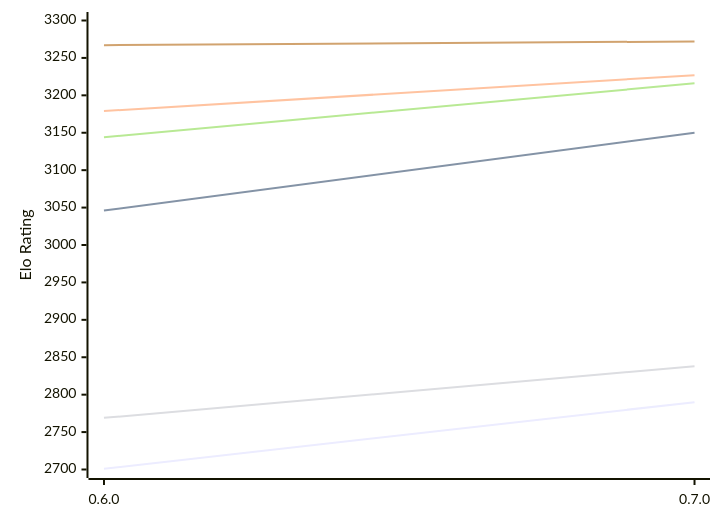
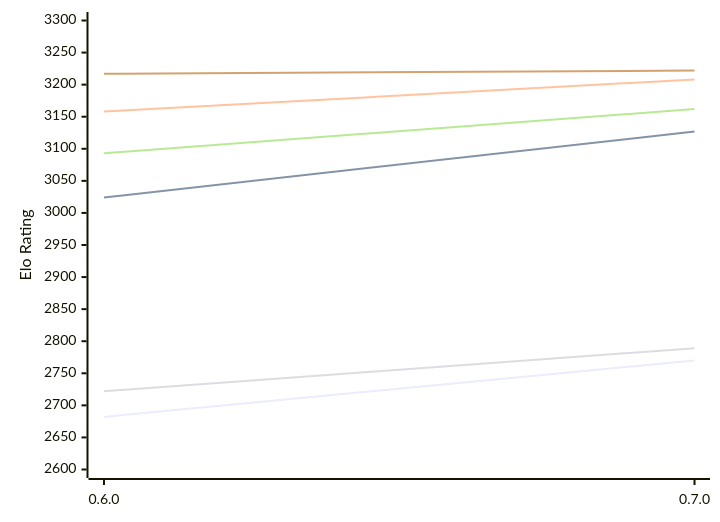
One commit to computer-chess-index/cci changed the first of 2 diagrams in engines/AteNika.md. Above: the diagram before and after it, drawn with Mermaid. The commit also changed other lines of this file, not shown here.

Commit message:
Update CCI Ratings (ELO VLTC) - 2026-11-08

````diff
--- a/engines/AteNika.md
+++ b/engines/AteNika.md
@@ -52,12 +52,12 @@
 ```mermaid
 %%{init: {"theme":"base","themeVariables":{"seriesColors:['#a3a3a3','#222221','#faa371']}}}%%
 xychart-beta
   x-axis ["0.6.0", "0.7.0"]
-  y-axis "Elo Rating" 2700 --> 3300
-  line "E1: STC (8.0+0.08s)" [2701, 2790]
-  line "E1: LTC (60.0+0.60s)" [3046, 3150]
-  line "E1: VLTC (2m24s+1.12s)" [3179, 3227]
-  line "P1: STC (8.0+0.08s)" [2769, 2838]
-  line "P1: LTC (60.0+0.60s)" [3144, 3216]
-  line "P1: VLTC (2m24s+1.12s)" [3267, 3272]
+  y-axis "Elo Rating" 2600 --> 3300
+  line "E1: STC (8.0+0.08s)" [2682, 2770]
+  line "E1: LTC (60.0+0.60s)" [3024, 3127]
+  line "E1: VLTC (2m24s+1.12s)" [3158, 3208]
+  line "P1: STC (8.0+0.08s)" [2722, 2789]
+  line "P1: LTC (60.0+0.60s)" [3093, 3162]
+  line "P1: VLTC (2m24s+1.12s)" [3217, 3222]
 ```
````
